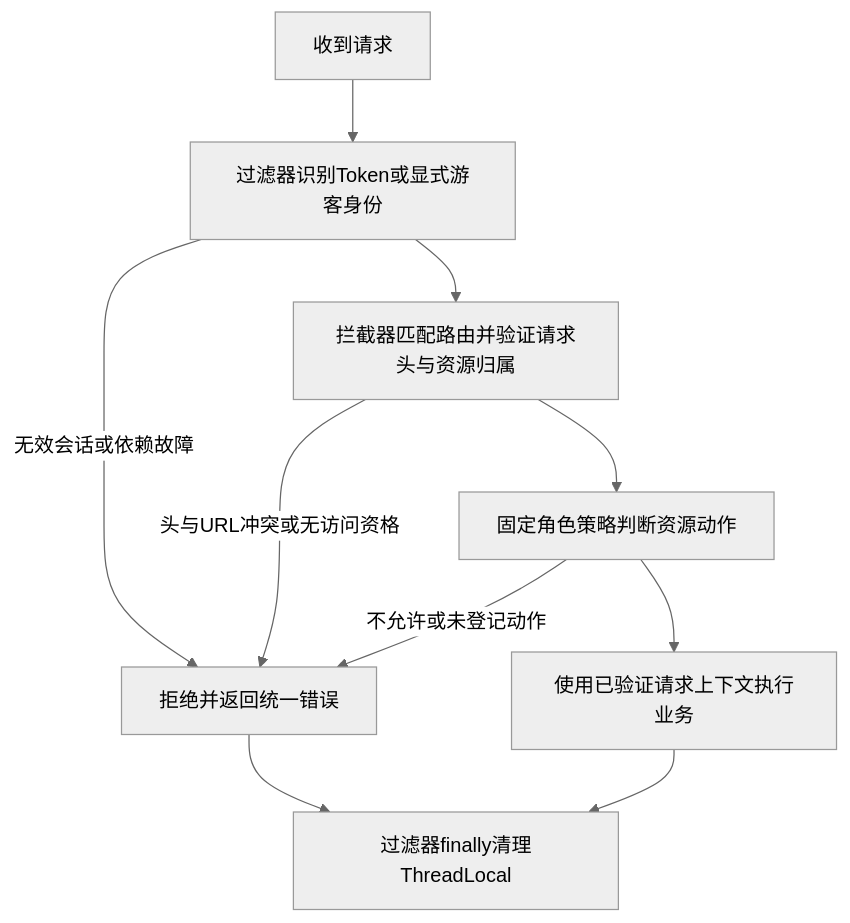
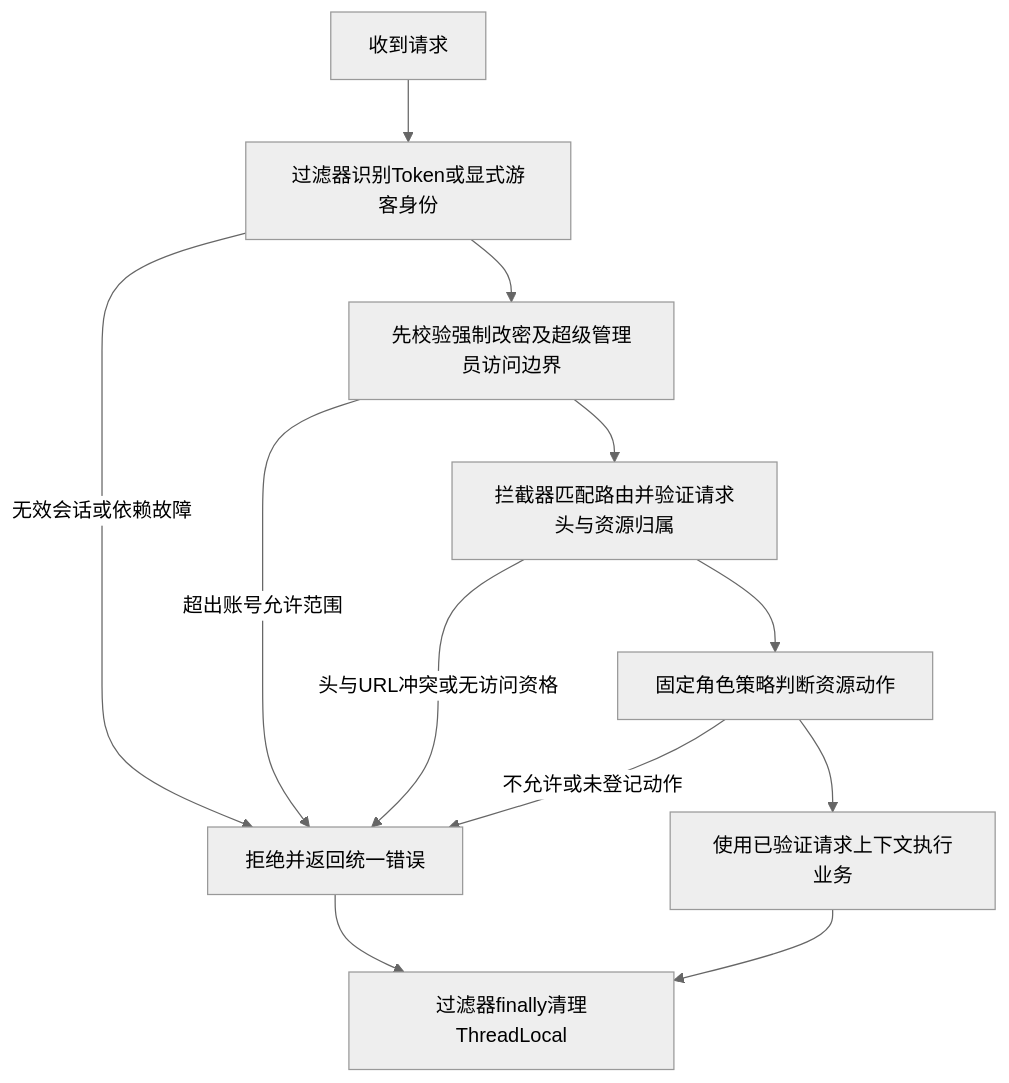
The fourth of 4 diagrams in 压测平台/账号权限/规划/账号与团队项目规范.md (Honkey-y/docs), drawn with Mermaid (neutral theme) before and after one commit. The commit also changed other lines of this file and 5 other files, not shown here.

````diff
--- a/压测平台/账号权限/规划/账号与团队项目规范.md
+++ b/压测平台/账号权限/规划/账号与团队项目规范.md
@@ -129,12 +171,14 @@
 ```mermaid
 flowchart TD
   请求[收到请求] --> 身份[过滤器识别Token或显式游客身份]
   身份 -->|无效会话或依赖故障| 错误[拒绝并返回统一错误]
-  身份 --> 范围[拦截器匹配路由并验证请求头与资源归属]
+  身份 --> 账号边界[先校验强制改密及超级管理员访问边界]
+  账号边界 -->|超出账号允许范围| 错误
+  账号边界 --> 范围[拦截器匹配路由并验证请求头与资源归属]
   范围 -->|头与URL冲突或无访问资格| 错误
   范围 --> 授权[固定角色策略判断资源动作]
   授权 -->|不允许或未登记动作| 错误
   授权 --> 上下文[使用已验证请求上下文执行业务]
   上下文 --> 清理[过滤器finally清理ThreadLocal]
   错误 --> 清理
 ```
````
